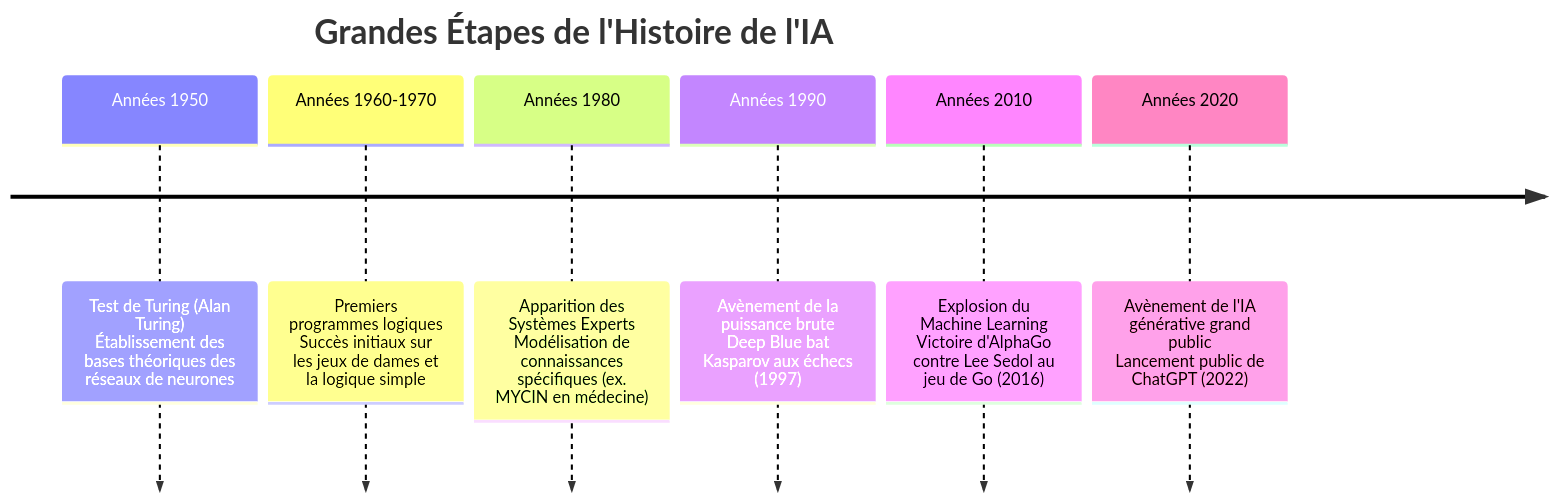
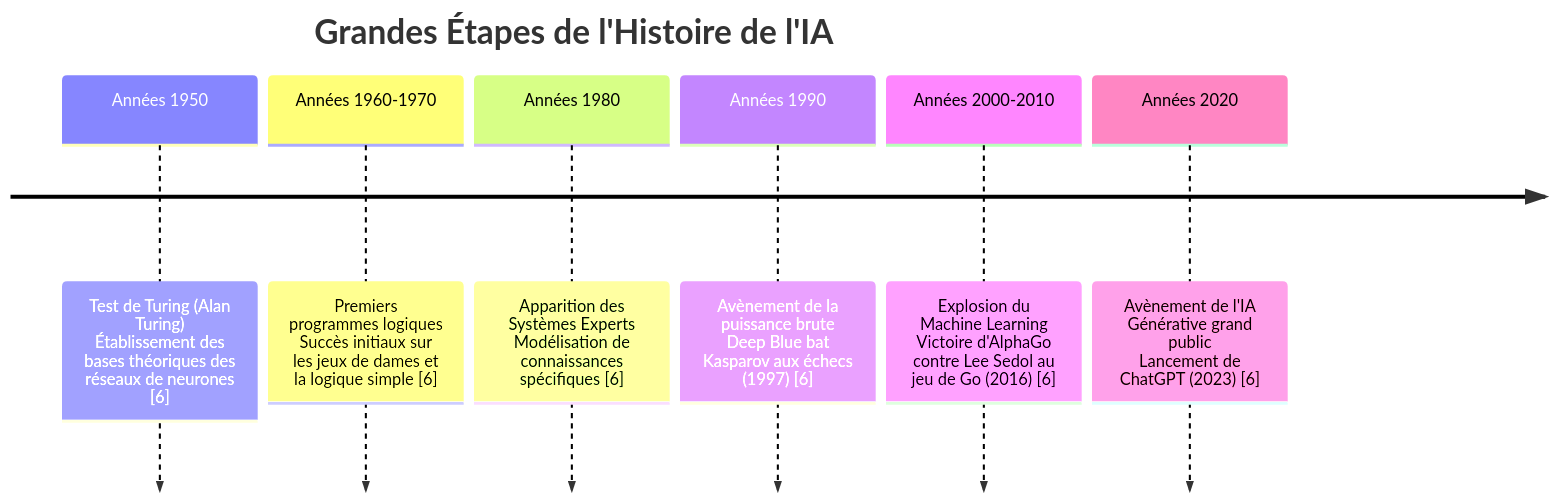
Before and after one commit to matheo-guillevic/REVISION: the second of 6 diagrams in content/S7/IN451-IA/cours.md, drawn with Mermaid. The commit also changed other lines of this file and 48 other files, not shown here.

````diff
--- a/content/S7/IN451-IA/cours.md
+++ b/content/S7/IN451-IA/cours.md
@@ -145,10 +128,10 @@
 ```mermaid
 timeline
     title Grandes Étapes de l'Histoire de l'IA
-    Années 1950 : Test de Turing (Alan Turing) <br> Établissement des bases théoriques des réseaux de neurones
-    Années 1960-1970 : Premiers programmes logiques <br> Succès initiaux sur les jeux de dames et la logique simple
-    Années 1980 : Apparition des Systèmes Experts <br> Modélisation de connaissances spécifiques (ex. MYCIN en médecine)
-    Années 1990 : Avènement de la puissance brute <br> Deep Blue bat Kasparov aux échecs (1997)
-    Années 2010 : Explosion du Machine Learning <br> Victoire d'AlphaGo contre Lee Sedol au jeu de Go (2016)
-    Années 2020 : Avènement de l'IA générative grand public <br> Lancement public de ChatGPT (2022)
+    Années 1950 : Test de Turing (Alan Turing) <br> Établissement des bases théoriques des réseaux de neurones [6]
+    Années 1960-1970 : Premiers programmes logiques <br> Succès initiaux sur les jeux de dames et la logique simple [6]
+    Années 1980 : Apparition des Systèmes Experts <br> Modélisation de connaissances spécifiques [6]
+    Années 1990 : Avènement de la puissance brute <br> Deep Blue bat Kasparov aux échecs (1997) [6]
+    Années 2000-2010 : Explosion du Machine Learning <br> Victoire d'AlphaGo contre Lee Sedol au jeu de Go (2016) [6]
+    Années 2020 : Avènement de l'IA Générative grand public <br> Lancement de ChatGPT (2023) [6]
 ```
````
